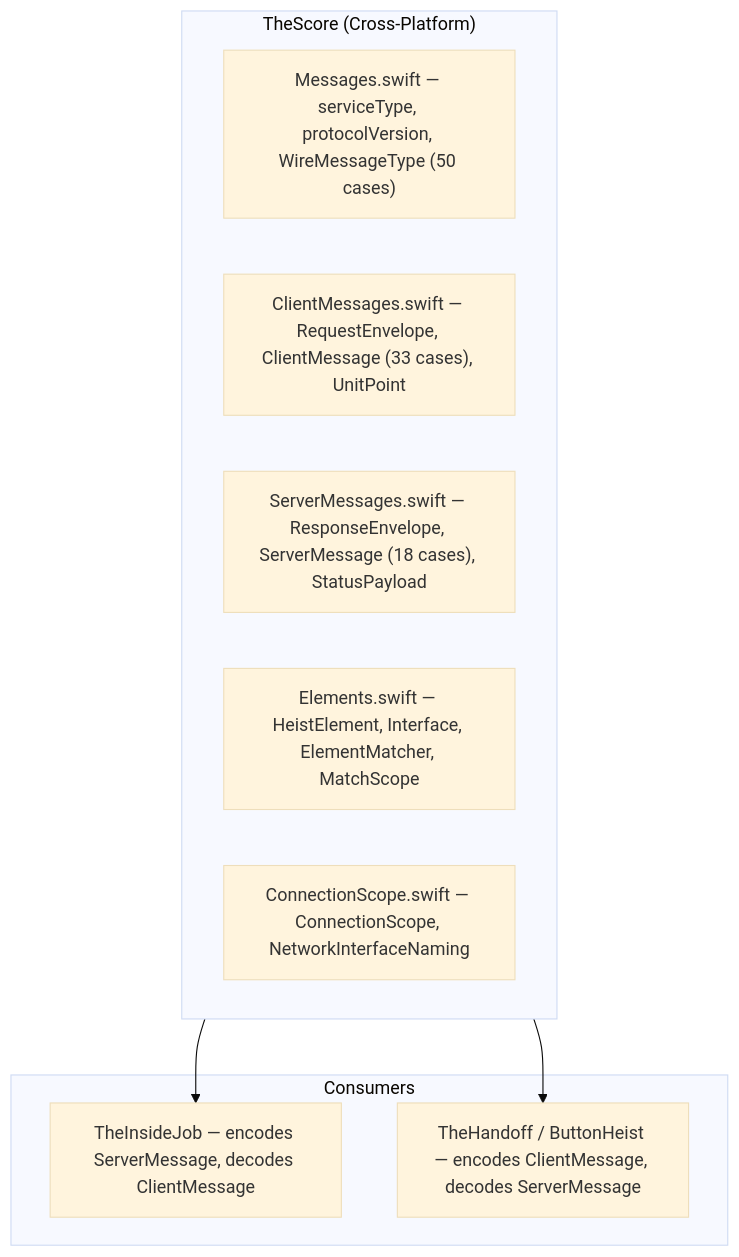
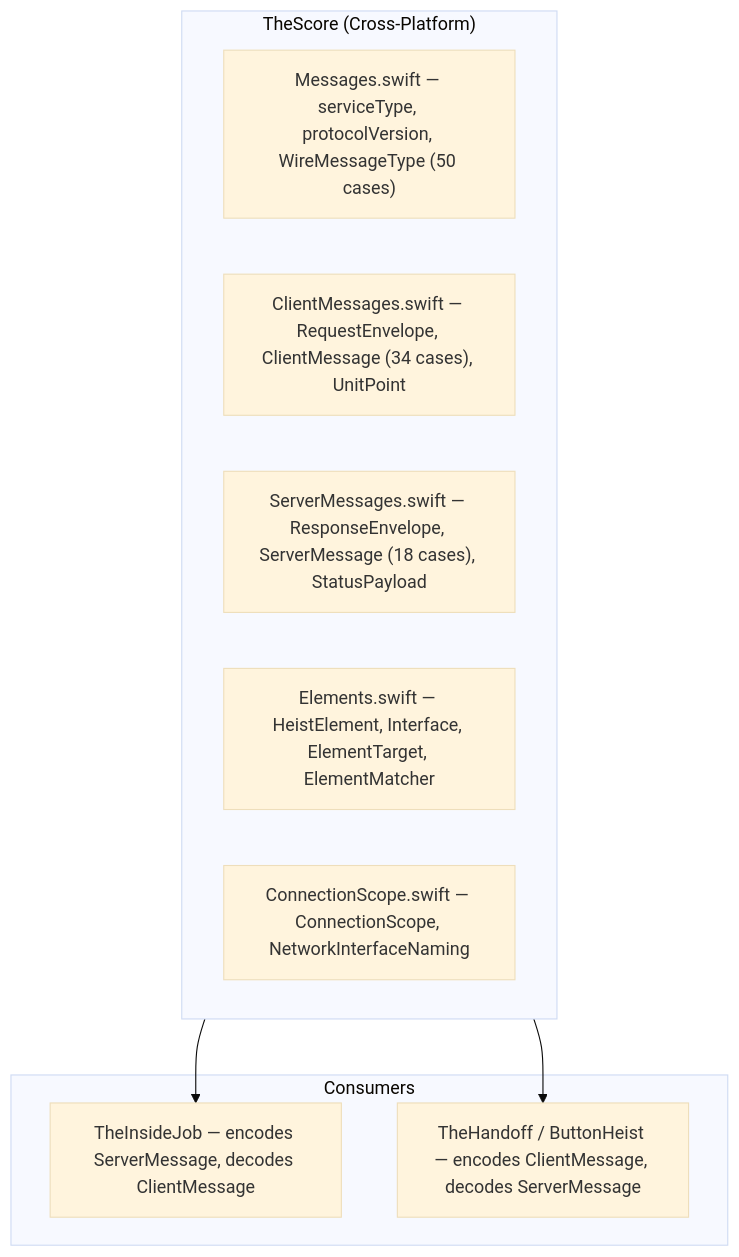
Before and after one commit to RoyalPineapple/TheButtonHeist: the first of 7 diagrams in docs/dossiers/01-THESCORE.md, drawn with Mermaid (base theme). The commit also changed other lines of this file and 61 other files, not shown here.

````diff
--- a/docs/dossiers/01-THESCORE.md
+++ b/docs/dossiers/01-THESCORE.md
@@ -42,18 +42,18 @@
 ```mermaid
 graph TD
     subgraph TheScore["TheScore (Cross-Platform)"]
         Messages["Messages.swift — serviceType, protocolVersion, WireMessageType (50 cases)"]
-        Client["ClientMessages.swift — RequestEnvelope, ClientMessage (33 cases), UnitPoint"]
+        Client["ClientMessages.swift — RequestEnvelope, ClientMessage (34 cases), UnitPoint"]
         Server["ServerMessages.swift — ResponseEnvelope, ServerMessage (18 cases), StatusPayload"]
-        Elements["Elements.swift — HeistElement, Interface, ElementMatcher, MatchScope"]
+        Elements["Elements.swift — HeistElement, Interface, ElementTarget, ElementMatcher"]
         ConnScope["ConnectionScope.swift — ConnectionScope, NetworkInterfaceNaming"]
     end
 
     subgraph Consumers["Consumers"]
         TheInsideJob["TheInsideJob — encodes ServerMessage, decodes ClientMessage"]
         TH["TheHandoff / ButtonHeist — encodes ClientMessage, decodes ServerMessage"]
     end
 
     TheScore --> TheInsideJob
     TheScore --> TH
 ```
````
